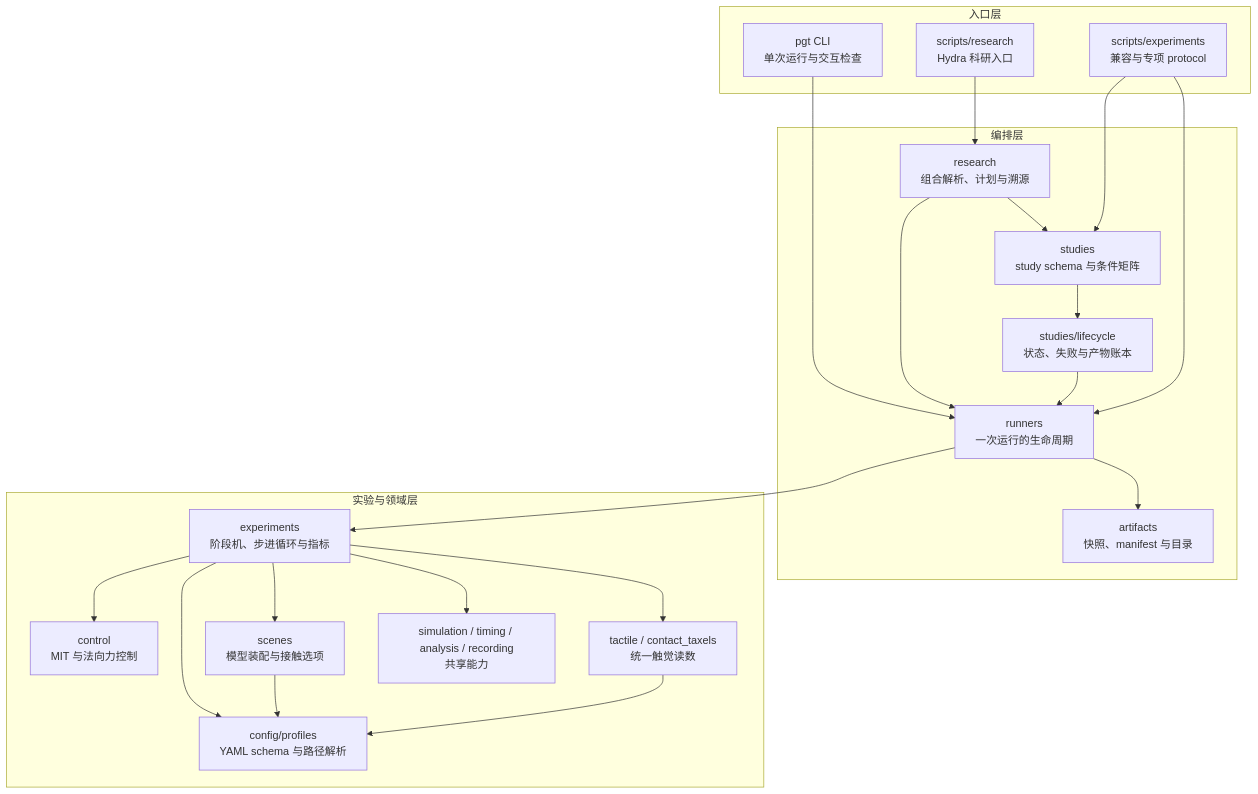
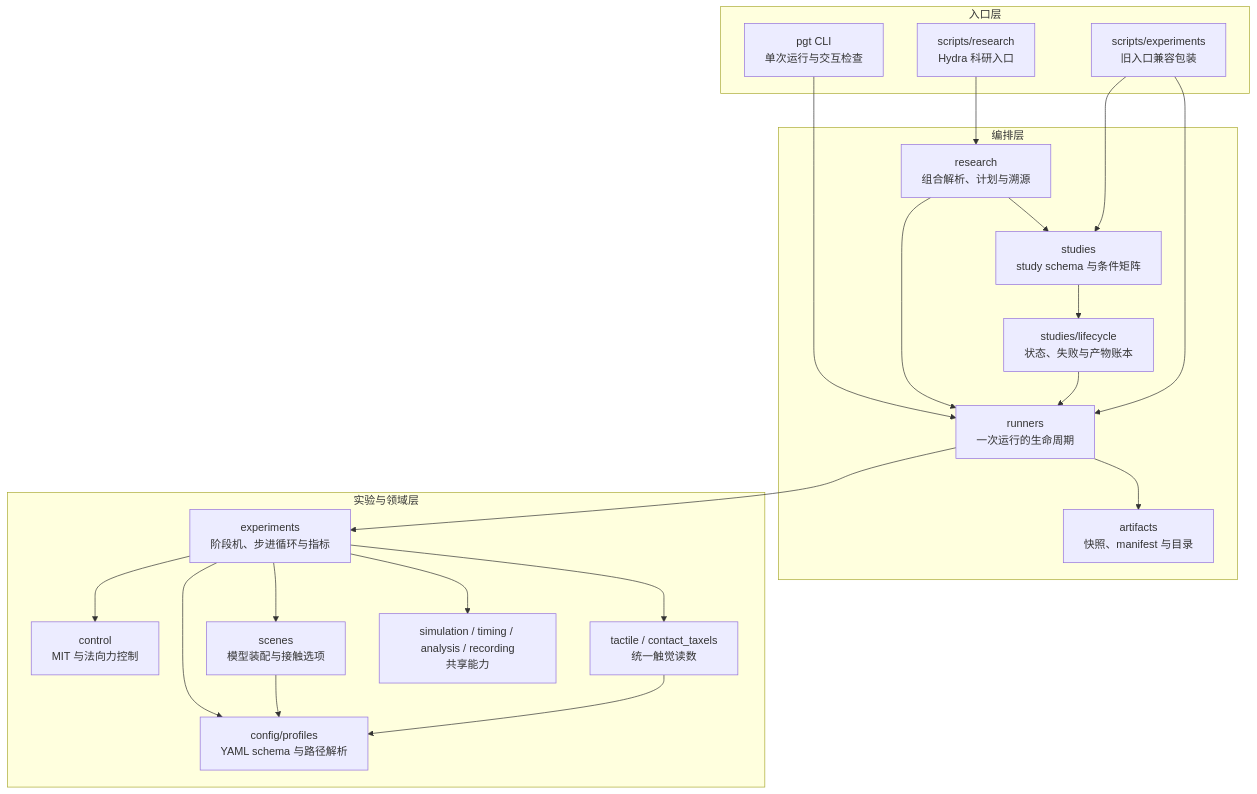
Before and after one commit to langxin11/parallel_gripper_tactile: the first of 2 diagrams in docs/architecture.md, drawn with Mermaid. The commit also changed other lines of this file and 9 other files, not shown here.

````diff
--- a/docs/architecture.md
+++ b/docs/architecture.md
@@ -7,43 +8,43 @@
 ```mermaid
 flowchart TB
   subgraph Entry[入口层]
     CLI["pgt CLI<br/>单次运行与交互检查"]
     Research["scripts/research<br/>Hydra 科研入口"]
-    Scripts["scripts/experiments<br/>兼容与专项 protocol"]
+    Scripts["scripts/experiments<br/>旧入口兼容包装"]
   end
 
   subgraph Orchestration[编排层]
     Resolve["research<br/>组合解析、计划与溯源"]
     Study["studies<br/>study schema 与条件矩阵"]
     Lifecycle["studies/lifecycle<br/>状态、失败与产物账本"]
     Runner["runners<br/>一次运行的生命周期"]
     Artifacts["artifacts<br/>快照、manifest 与目录"]
   end
 
   subgraph Domain[实验与领域层]
     Experiments["experiments<br/>阶段机、步进循环与指标"]
     Control["control<br/>MIT 与法向力控制"]
     Tactile["tactile / contact_taxels<br/>统一触觉读数"]
     Scenes["scenes<br/>模型装配与接触选项"]
     Profiles["config/profiles<br/>YAML schema 与路径解析"]
     Shared["simulation / timing / analysis / recording<br/>共享能力"]
   end
 
   CLI --> Runner
   Research --> Resolve
   Resolve --> Runner
   Resolve --> Study
   Study --> Lifecycle
   Lifecycle --> Runner
   Scripts --> Study
   Scripts --> Runner
   Runner --> Artifacts
   Runner --> Experiments
   Experiments --> Control
   Experiments --> Tactile
   Experiments --> Scenes
   Experiments --> Profiles
   Experiments --> Shared
   Scenes --> Profiles
   Tactile --> Profiles
 ```
````
